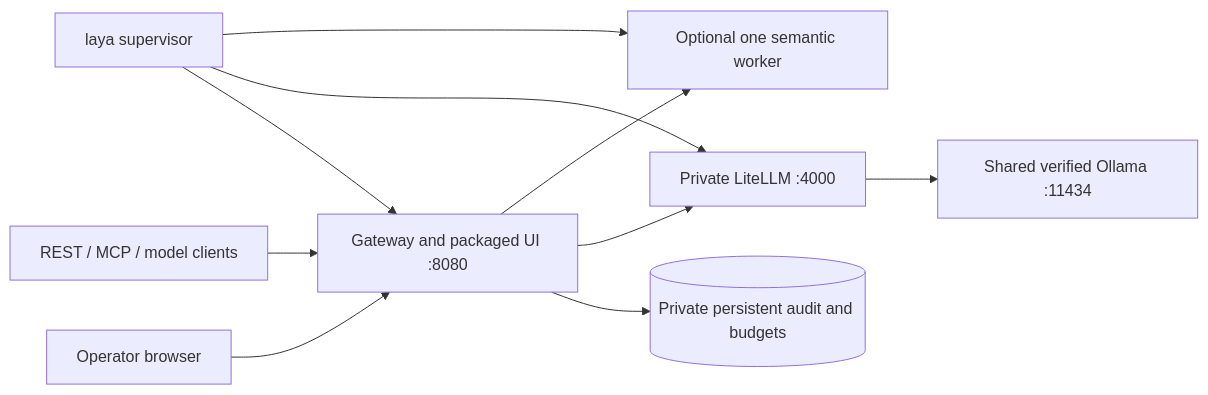
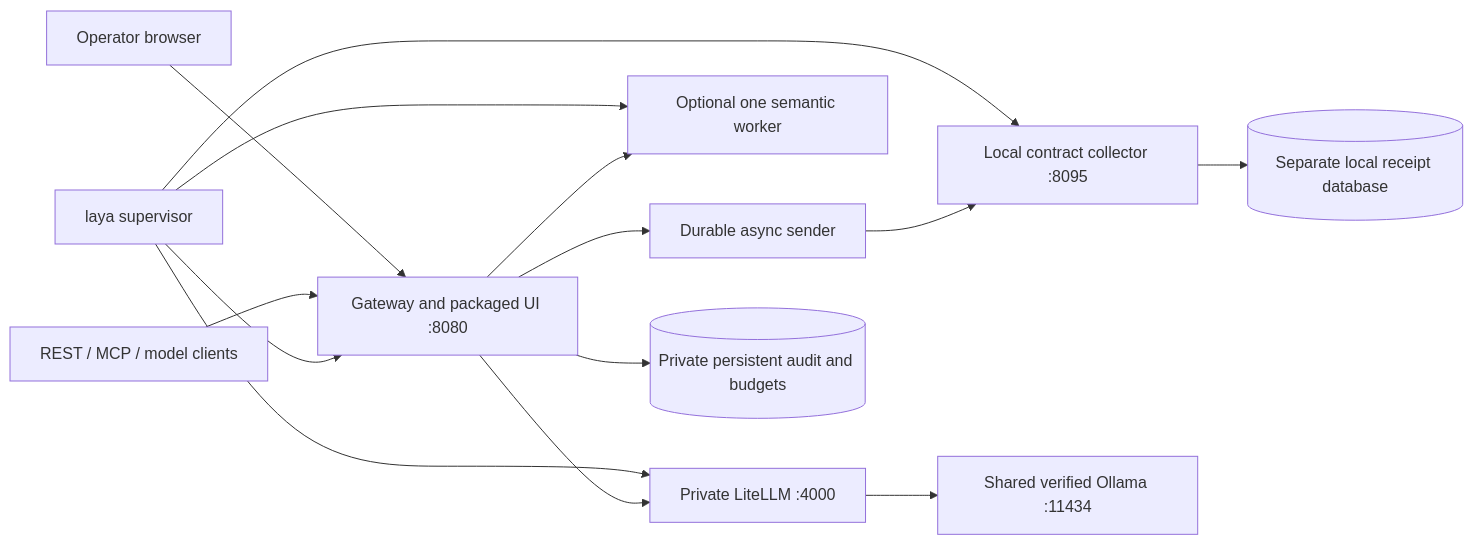
The diagram in docs/local-app.md (bsisduck/laya-layer), drawn with Mermaid before and after one commit. The commit also changed other lines of this file and 3 other files, not shown here.

````diff
--- a/docs/local-app.md
+++ b/docs/local-app.md
@@ -208,12 +238,16 @@
 ```mermaid
 flowchart LR
     Browser[Operator browser] --> Gateway[Gateway and packaged UI :8080]
     Agents[REST / MCP / model clients] --> Gateway
     Launcher[laya supervisor] --> Gateway
     Launcher --> Proxy[Private LiteLLM :4000]
     Launcher --> Worker[Optional one semantic worker]
+    Launcher --> Collector[Local contract collector :8095]
+    Gateway --> Sender[Durable async sender]
+    Sender --> Collector
+    Collector --> Receipts[(Separate local receipt database)]
     Gateway --> State[(Private persistent audit and budgets)]
     Gateway --> Proxy
     Gateway --> Worker
     Proxy --> Ollama[Shared verified Ollama :11434]
 ```
````
